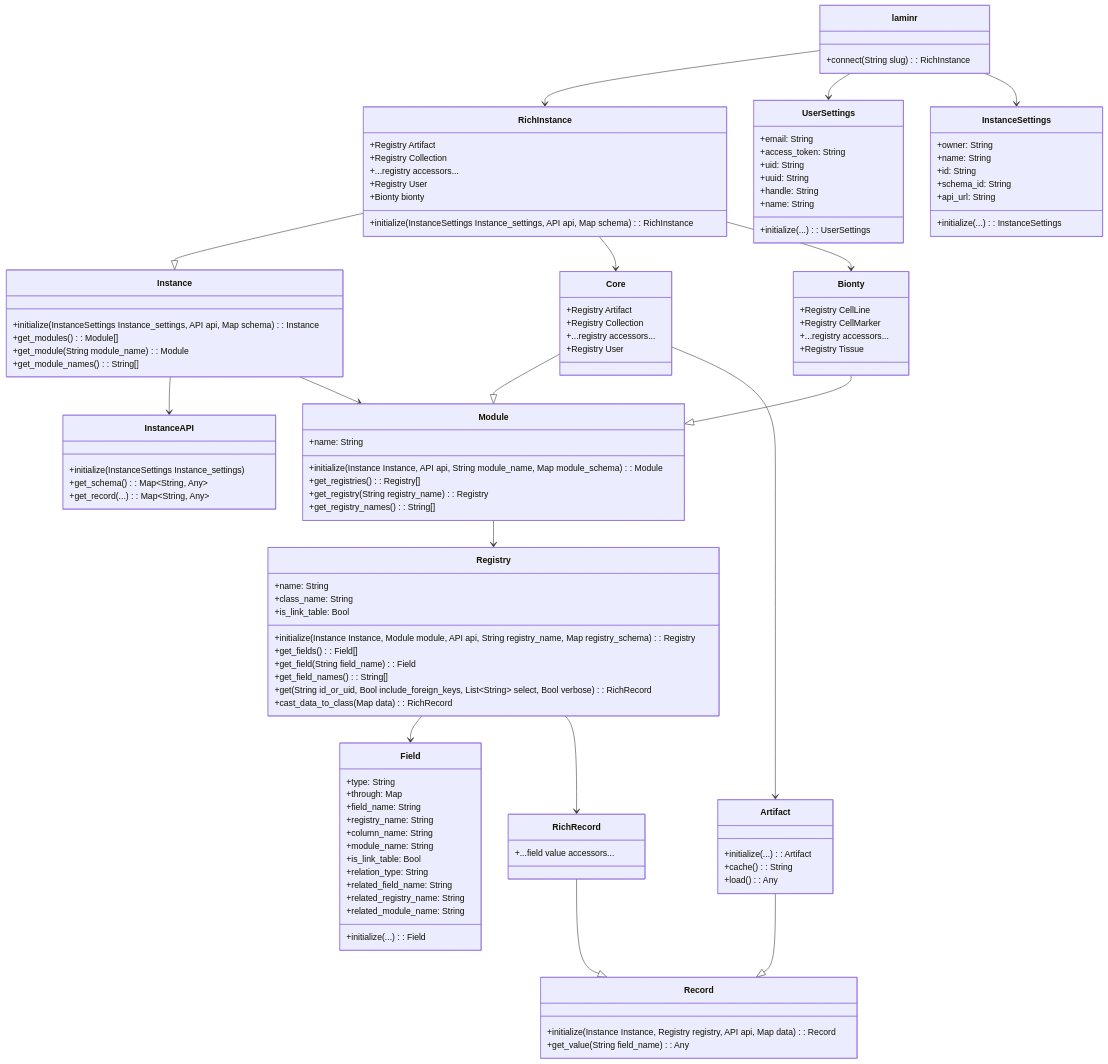
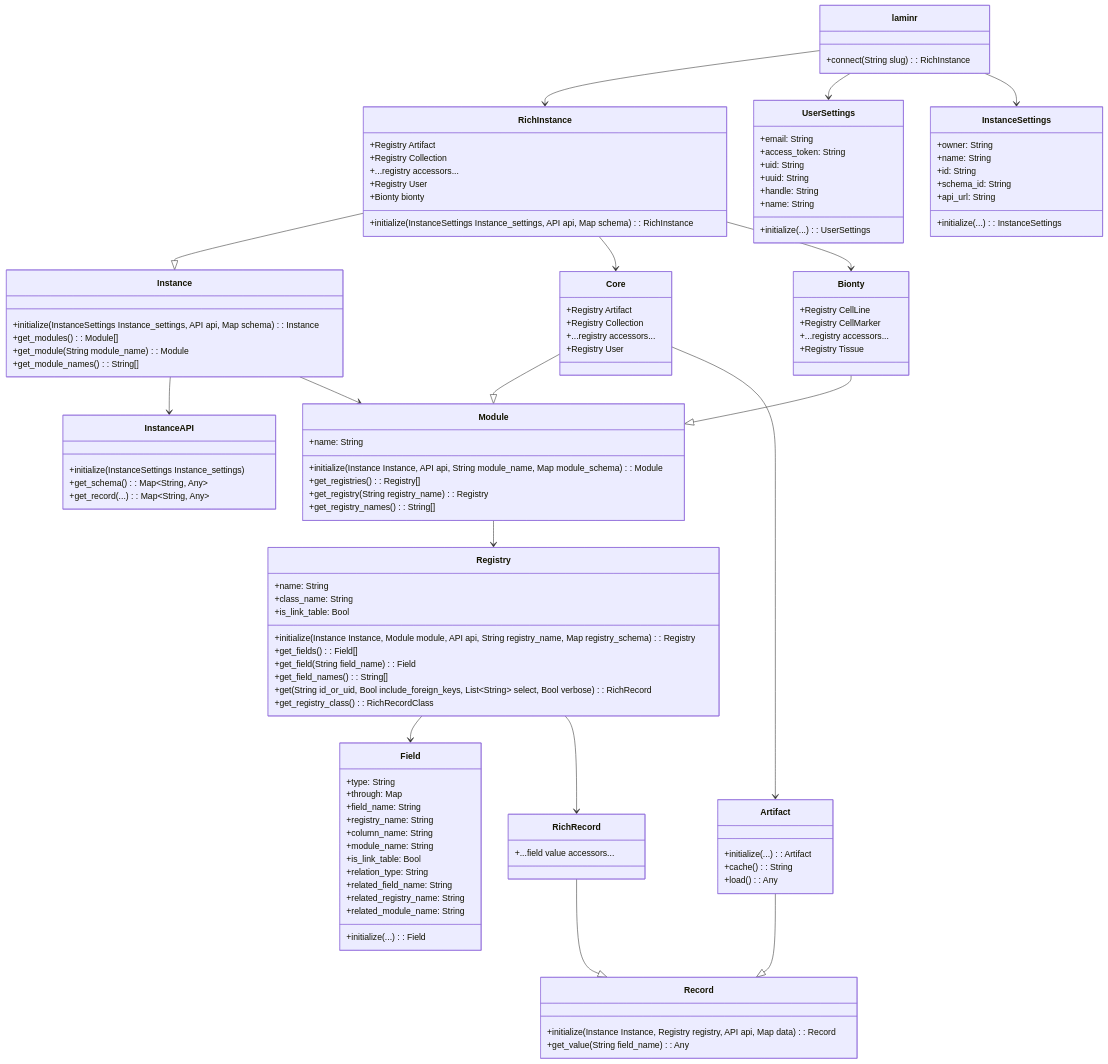
One commit to laminlabs/laminr changed the diagram in docs/class_diagram.md. Above: the diagram before and after it, drawn with Mermaid. The commit also changed 4 other files, not shown here.

Commit message:
return the registry class instead of having a function to convert a list to a record

```diff
--- a/docs/class_diagram.md
+++ b/docs/class_diagram.md
@@ -90,7 +90,7 @@
         +get_field(String field_name): Field
         +get_field_names(): String[]
         +get(String id_or_uid, Bool include_foreign_keys, List~String~ select, Bool verbose): RichRecord
-        +cast_data_to_class(Map<String, Any> data): RichRecord
+        +get_registry_class(): RichRecordClass
     }
     class Artifact{
         +initialize(...): Artifact
```
